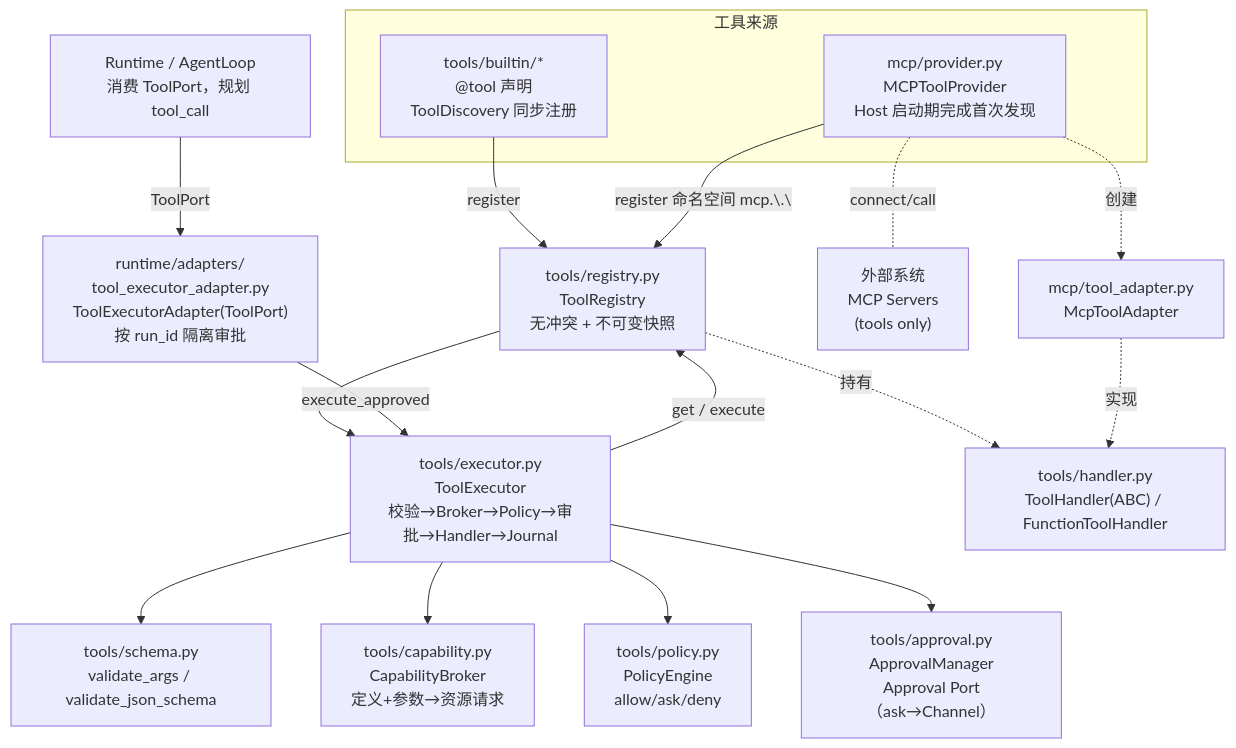
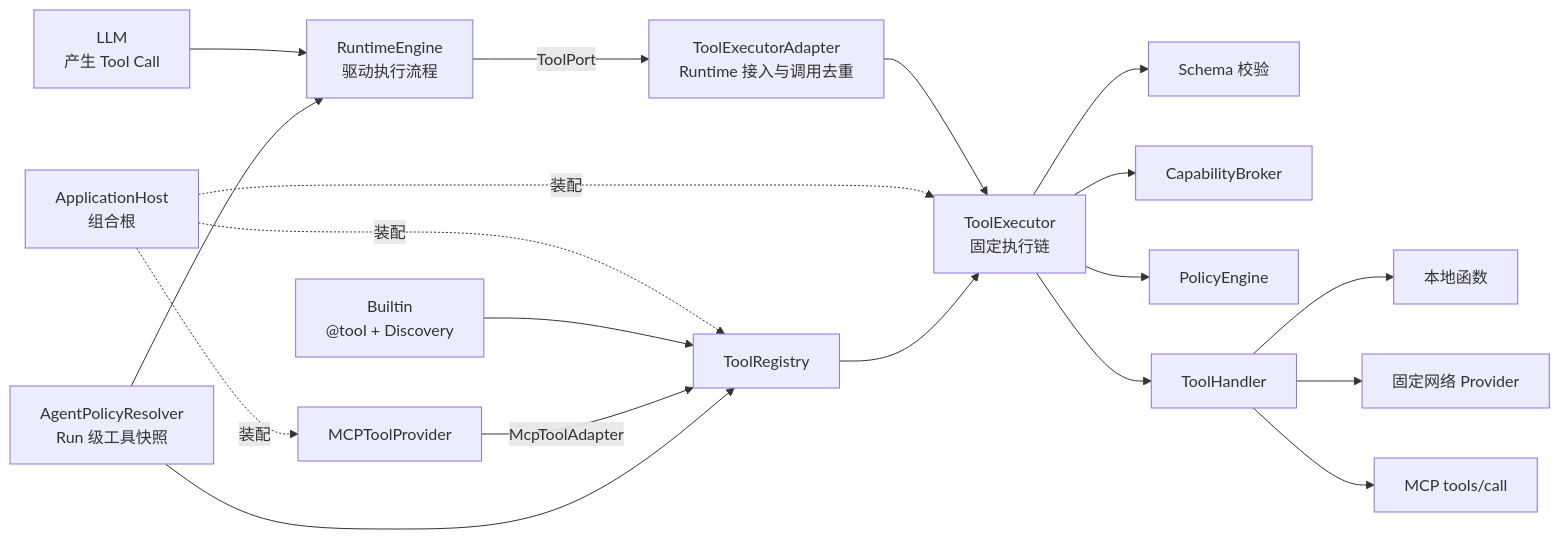
One commit to aandbcct/dotClaw changed the first of 11 diagrams in docs/wiki/Tool 模块总体说明.md. Above: the diagram before and after it, drawn with Mermaid. The commit also changed other lines of this file and 6 other files, not shown here.

````diff
--- a/docs/wiki/Tool 模块总体说明.md
+++ b/docs/wiki/Tool 模块总体说明.md
@@ -79,41 +59,26 @@
 ```mermaid
-flowchart TB
-    subgraph Sources["工具来源"]
-        Builtin["tools/builtin/*\n@tool 声明\nToolDiscovery 同步注册"]
-        MCP["mcp/provider.py\nMCPToolProvider\nHost 启动期完成首次发现"]
-    end
+flowchart LR
+    LLM["LLM<br/>产生 Tool Call"] --> Runtime["RuntimeEngine<br/>驱动执行流程"]
+    Runtime -->|"ToolPort"| Adapter["ToolExecutorAdapter<br/>Runtime 接入与调用去重"]
+    Adapter --> Executor["ToolExecutor<br/>固定执行链"]
 
-    Registry["tools/registry.py\nToolRegistry\n无冲突 + 不可变快照"]
+    Bootstrap["ApplicationHost<br/>组合根"] -.装配.-> Executor
+    Bootstrap -.装配.-> Registry["ToolRegistry"]
+    Bootstrap -.装配.-> MCP["MCPToolProvider"]
 
-    Executor["tools/executor.py\nToolExecutor\n校验→Broker→Policy→审批→Handler→Journal"]
+    Builtin["Builtin<br/>@tool + Discovery"] --> Registry
+    MCP -->|"McpToolAdapter"| Registry
+    Registry --> Executor
 
-    Broker["tools/capability.py\nCapabilityBroker\n定义+参数→资源请求"]
-    Policy["tools/policy.py\nPolicyEngine\nallow/ask/deny"]
-    Approval["tools/approval.py\nApprovalManager\nApproval Port（ask→Channel）"]
-    Schema["tools/schema.py\nvalidate_args / validate_json_schema"]
+    Executor --> Schema["Schema 校验"]
+    Executor --> Broker["CapabilityBroker"]
+    Executor --> Policy["PolicyEngine"]
+    Executor --> Handler["ToolHandler"]
 
-    Adapter["runtime/adapters/\ntool_executor_adapter.py\nToolExecutorAdapter(ToolPort)\n按 run_id 隔离审批"]
+    Handler --> Local["本地函数"]
+    Handler --> Provider["固定网络 Provider"]
+    Handler --> Remote["MCP tools/call"]
 
-    Runtime["Runtime / AgentLoop\n消费 ToolPort，规划 tool_call"]
-
-    External["外部系统\nMCP Servers\n(tools only)"]
-
-    Builtin -->|register| Registry
-    MCP -->|register 命名空间 mcp.\<server\>.\<tool\>| Registry
-    MCP -. "connect/call" .- External
-
-    Registry --> Executor
-    Executor --> Schema
-    Executor --> Broker
-    Executor --> Policy
-    Executor --> Approval
-    Executor -->|"get / execute"| Registry
-
-    Runtime -->|"ToolPort"| Adapter
-    Adapter -->|"execute_approved"| Executor
-
-    Handler["tools/handler.py\nToolHandler(ABC) / FunctionToolHandler"]
-    Registry -. "持有" .-> Handler
-    MCP -. "创建" .-> McpAdapter["mcp/tool_adapter.py\nMcpToolAdapter"]
-    McpAdapter -. "实现" .-> Handler
+    PolicySnapshot["AgentPolicyResolver<br/>Run 级工具快照"] --> Registry
+    PolicySnapshot --> Runtime
 ```
````
